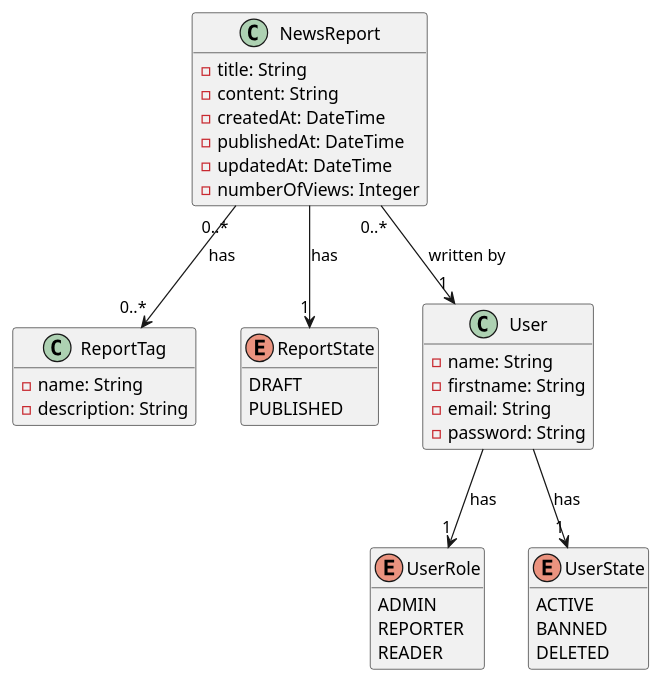
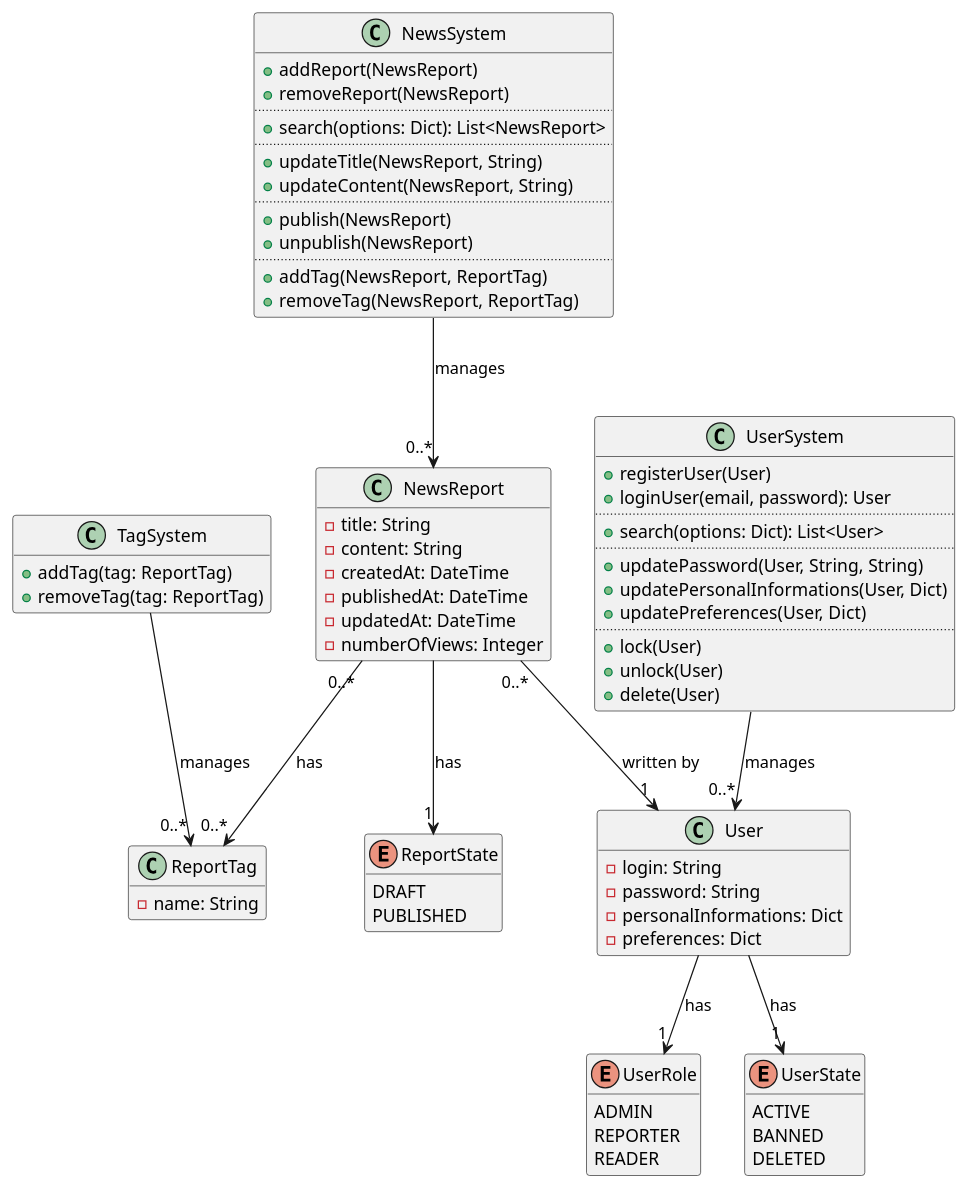
Before and after one commit to Memeel/IMTox: the diagram in conception/class_diagram.puml, drawn with PlantUML. The commit also changed 2 other files, not shown here.

```diff
--- a/conception/class_diagram.puml
+++ b/conception/class_diagram.puml
@@ -1,51 +1,90 @@
 @startuml IMTox
 
 hide empty members
 
 class NewsReport {
     - title: String
     - content: String
     - createdAt: DateTime
     - publishedAt: DateTime
     - updatedAt: DateTime
     - numberOfViews: Integer
 }
 
 class ReportTag {
     - name: String
-    - description: String
 }
 
 enum ReportState {
     DRAFT
     PUBLISHED
 }
 
 NewsReport "0..*" --> "0..*" ReportTag : has
 NewsReport --> "1" ReportState : has
 
 class User {
-    - name: String
-    - firstname: String
-    - email: String
+    - login: String
     - password: String
+    - personalInformations: Dict
+    - preferences: Dict
 }
 
 enum UserRole {
     ADMIN
     REPORTER
     READER
 }
 
 enum UserState {
     ACTIVE
     BANNED
     DELETED
 }
 
 User --> "1" UserRole : has
 User --> "1" UserState : has
 
 NewsReport "0..*" --> "1" User : written by
 
+class NewsSystem {
+    + addReport(NewsReport)
+    + removeReport(NewsReport)
+    ..
+    + search(options: Dict): List<NewsReport>
+    ..
+    + updateTitle(NewsReport, String)
+    + updateContent(NewsReport, String)
+    ..
+    + publish(NewsReport)
+    + unpublish(NewsReport)
+    ..
+    + addTag(NewsReport, ReportTag)
+    + removeTag(NewsReport, ReportTag)
+}
+
+class UserSystem {
+    + registerUser(User)
+    + loginUser(email, password): User
+    ..
+    + search(options: Dict): List<User>
+    ..
+    + updatePassword(User, String, String)
+    + updatePersonalInformations(User, Dict)
+    + updatePreferences(User, Dict)
+    ..
+    + lock(User)
+    + unlock(User)
+    + delete(User)
+}
+
+class TagSystem {
+    + addTag(tag: ReportTag)
+    + removeTag(tag: ReportTag)
+}
+
+UserSystem --> "0..*" User : manages
+NewsSystem --> "0..*" NewsReport : manages
+TagSystem --> "0..*" ReportTag : manages
+
 @enduml
```
